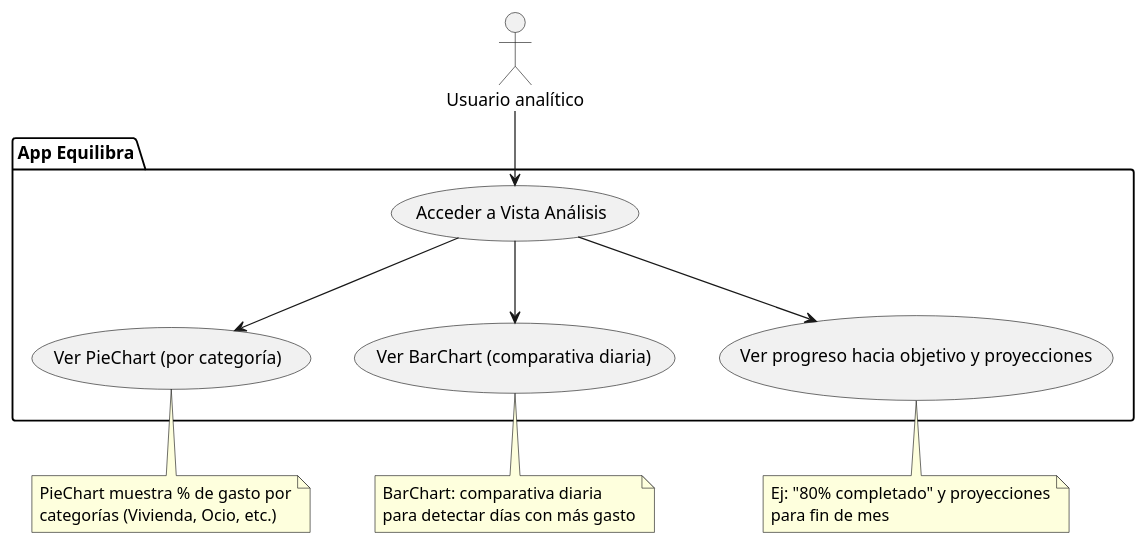
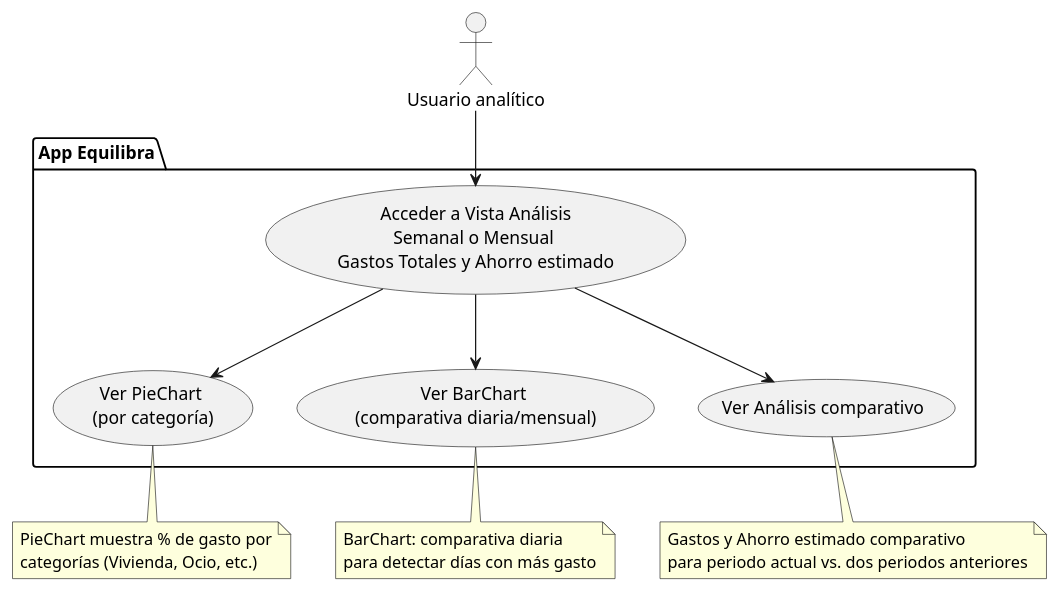
The first of 2 diagrams in plantUML/ConsultaEstadisticas.puml (AsunFdez/AppEquilibra), drawn with PlantUML before and after one commit. The commit also changed other lines of this file and 59 other files, not shown here.

Commit message:
Intervenciones al crear gastos, vista de historial

```diff
--- a/plantUML/ConsultaEstadisticas.puml
+++ b/plantUML/ConsultaEstadisticas.puml
@@ -1,31 +1,31 @@
 @startuml
 ' Diagrama de Casos de Uso - Consulta de Estadísticas
 top to bottom direction
 actor "Usuario analítico" as Analyst
 package "App Equilibra" {
-  usecase "Acceder a Vista Análisis" as UC1
-  usecase "Ver PieChart (por categoría)" as UC2
-  usecase "Ver BarChart (comparativa diaria)" as UC3
-  usecase "Ver progreso hacia objetivo y proyecciones" as UC4
+  usecase "Acceder a Vista Análisis\nSemanal o Mensual \nGastos Totales y Ahorro estimado" as UC1
+  usecase "Ver PieChart \n(por categoría)" as UC2
+  usecase "Ver BarChart \n(comparativa diaria/mensual)" as UC3
+  usecase "Ver Análisis comparativo" as UC4
 }
 
 Analyst --> UC1
 UC1 --> UC2
 UC1 --> UC3
 UC1 --> UC4
 
 note bottom of UC2
   PieChart muestra % de gasto por
   categorías (Vivienda, Ocio, etc.)
 end note
 
 note bottom of UC3
   BarChart: comparativa diaria
   para detectar días con más gasto
 end note
 
 note bottom of UC4
-  Ej: "80% completado" y proyecciones
-  para fin de mes
+  Gastos y Ahorro estimado comparativo
+  para periodo actual vs. dos periodos anteriores
 end note
 @enduml
```
